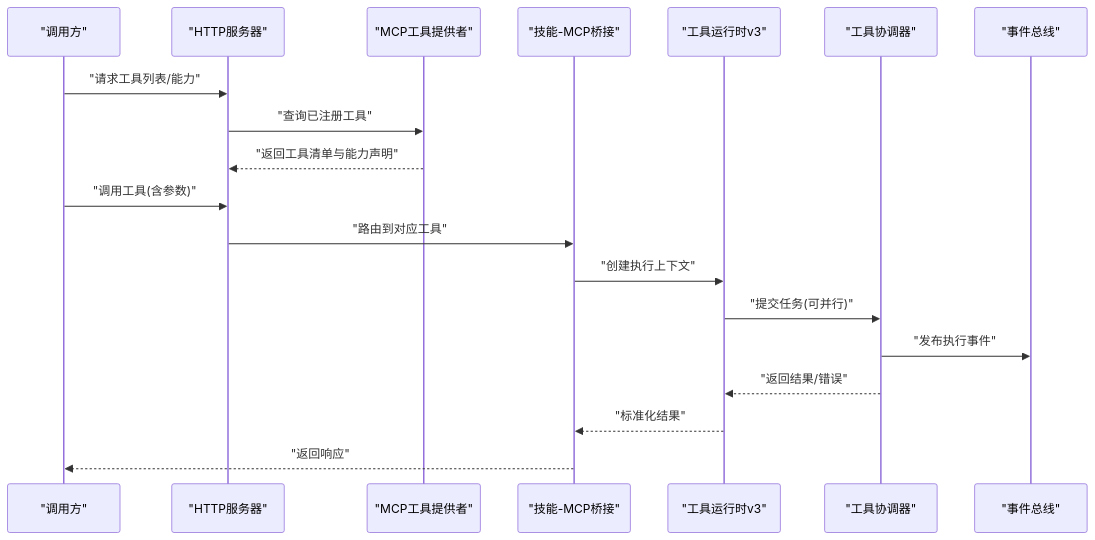
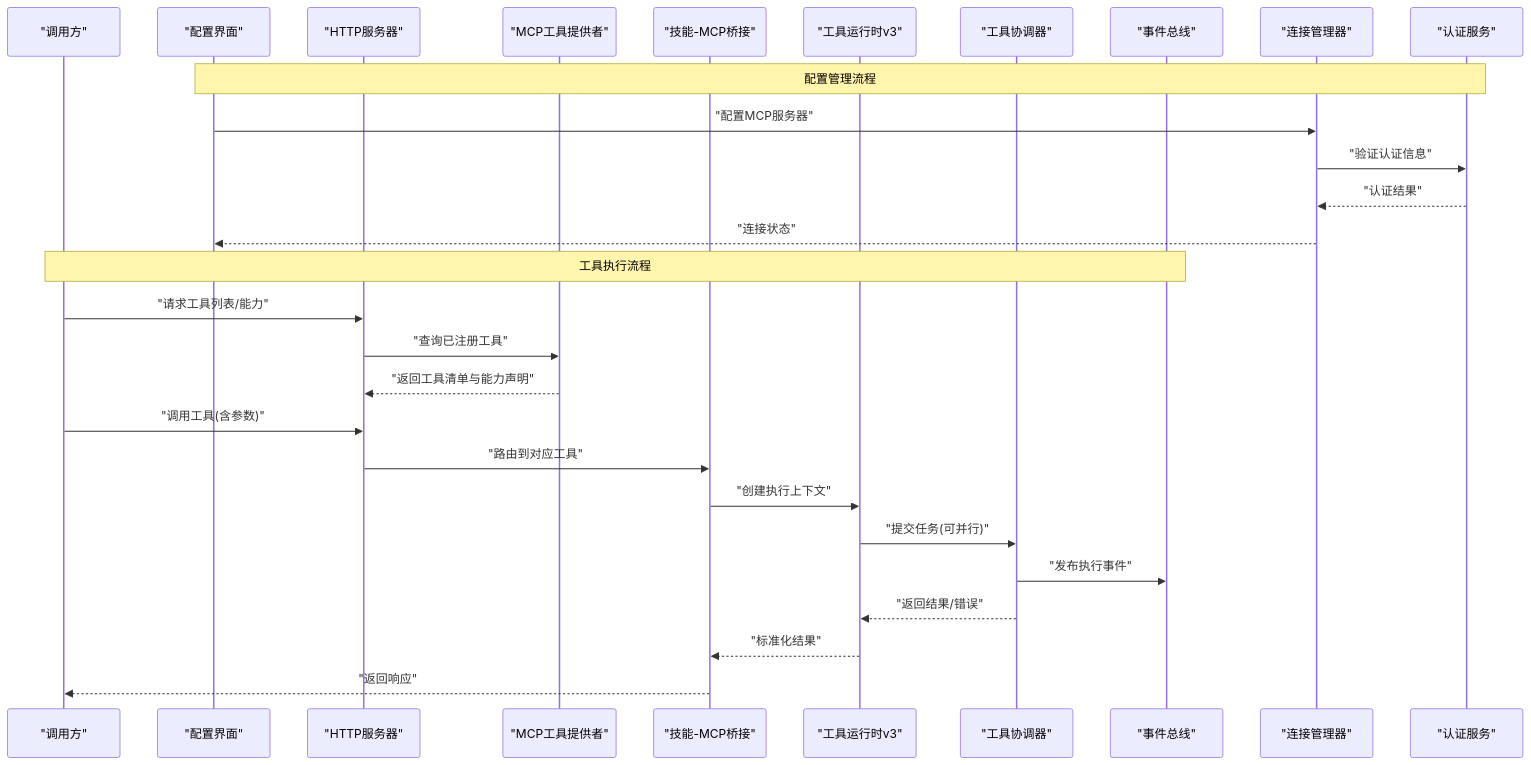
One commit to kkutysllb/KCoder changed the second of 11 diagrams in .qoder/repowiki/zh/content/适配器层/MCP工具适配器.md. Above: the diagram before and after it, drawn with Mermaid. The commit also changed other lines of this file and 11 other files, not shown here.

````diff
--- a/.qoder/repowiki/zh/content/适配器层/MCP工具适配器.md
+++ b/.qoder/repowiki/zh/content/适配器层/MCP工具适配器.md
@@ -119,21 +140,30 @@
 ```mermaid
 sequenceDiagram
 participant Client as "调用方"
+participant ConfigUI as "配置界面"
 participant Server as "HTTP服务器"
 participant Provider as "MCP工具提供者"
 participant Bridge as "技能-MCP桥接"
 participant Runtime as "工具运行时v3"
 participant Coord as "工具协调器"
 participant Bus as "事件总线"
+participant ConnMgr as "连接管理器"
+participant Auth as "认证服务"
+Note over ConfigUI,Auth : 配置管理流程
+ConfigUI->>ConnMgr : "配置MCP服务器"
+ConnMgr->>Auth : "验证认证信息"
+Auth-->>ConnMgr : "认证结果"
+ConnMgr-->>ConfigUI : "连接状态"
+Note over Client,Bus : 工具执行流程
 Client->>Server : "请求工具列表/能力"
 Server->>Provider : "查询已注册工具"
 Provider-->>Server : "返回工具清单与能力声明"
 Client->>Server : "调用工具(含参数)"
 Server->>Bridge : "路由到对应工具"
 Bridge->>Runtime : "创建执行上下文"
 Runtime->>Coord : "提交任务(可并行)"
 Coord->>Bus : "发布执行事件"
 Coord-->>Runtime : "返回结果/错误"
 Runtime-->>Bridge : "标准化结果"
 Bridge-->>Client : "返回响应"
 ```
````
